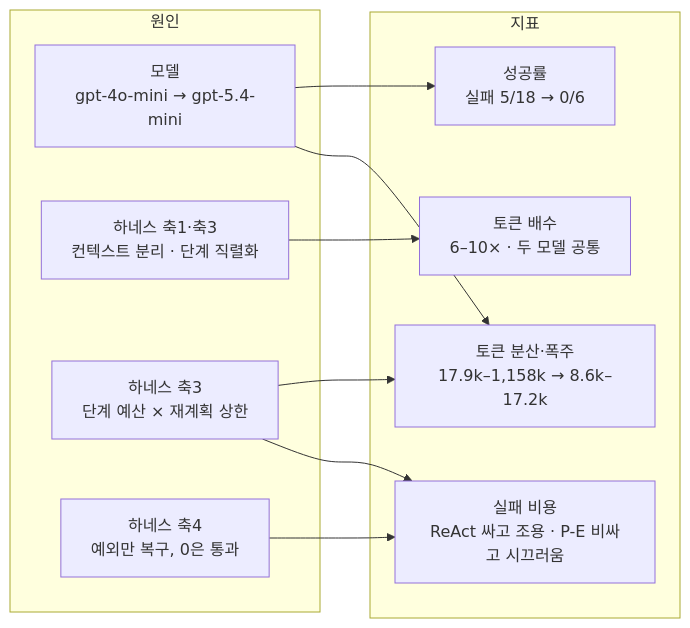
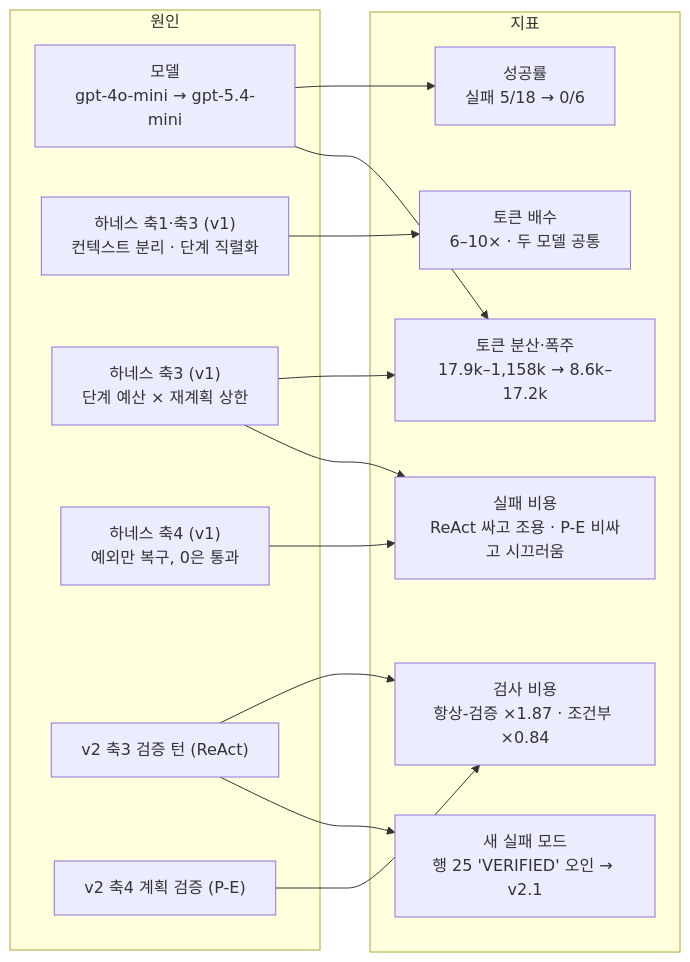
Before and after one commit to Q00/ai-agent-engineering-101: the fourth of 4 diagrams in submissions/26510124/week-02/REPORT.md, drawn with Mermaid. The commit also changed other lines of this file, not shown here.

Commit message:
docs(REPORT): restructure around v1 (starter, control) -> v2 (one axis changed per harness) -> v2.1; add v2 change diagram and run-25 failure analysis; regenerate tables for 42 rows

````diff
--- a/submissions/26510124/week-02/REPORT.md
+++ b/submissions/26510124/week-02/REPORT.md
@@ -123,21 +196,28 @@
 ```mermaid
 flowchart LR
   subgraph CAUSE["원인"]
     MOD["모델<br/>gpt-4o-mini → gpt-5.4-mini"]
-    H13["하네스 축1·축3<br/>컨텍스트 분리 · 단계 직렬화"]
-    H3["하네스 축3<br/>단계 예산 × 재계획 상한"]
-    H4["하네스 축4<br/>예외만 복구, 0은 통과"]
+    H13["하네스 축1·축3 (v1)<br/>컨텍스트 분리 · 단계 직렬화"]
+    H3["하네스 축3 (v1)<br/>단계 예산 × 재계획 상한"]
+    H4["하네스 축4 (v1)<br/>예외만 복구, 0은 통과"]
+    V3["v2 축3 검증 턴 (ReAct)"]
+    V4["v2 축4 계획 검증 (P-E)"]
   end
   subgraph METRIC["지표"]
     S["성공률<br/>실패 5/18 → 0/6"]
     T["토큰 배수<br/>6–10× · 두 모델 공통"]
     V["토큰 분산·폭주<br/>17.9k–1,158k → 8.6k–17.2k"]
     F["실패 비용<br/>ReAct 싸고 조용 · P-E 비싸고 시끄러움"]
+    C["검사 비용<br/>항상-검증 ×1.87 · 조건부 ×0.84"]
+    X["새 실패 모드<br/>행 25 'VERIFIED' 오인 → v2.1"]
   end
   MOD --> S
   H13 --> T
   MOD --> V
   H3 --> V
   H4 --> F
   H3 --> F
+  V3 --> C
+  V4 --> C
+  V3 --> X
 ```
````
